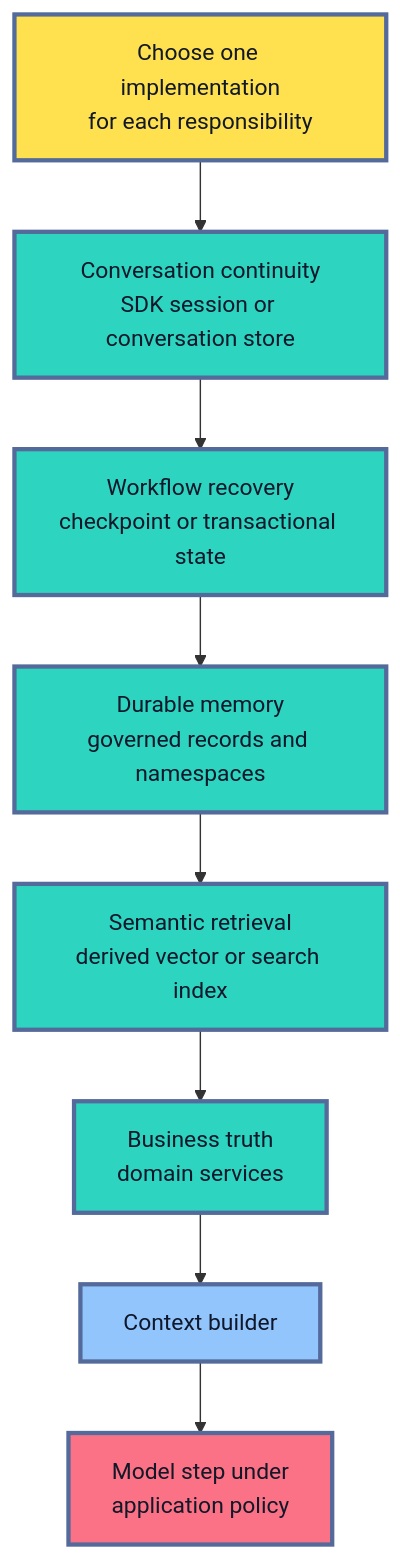
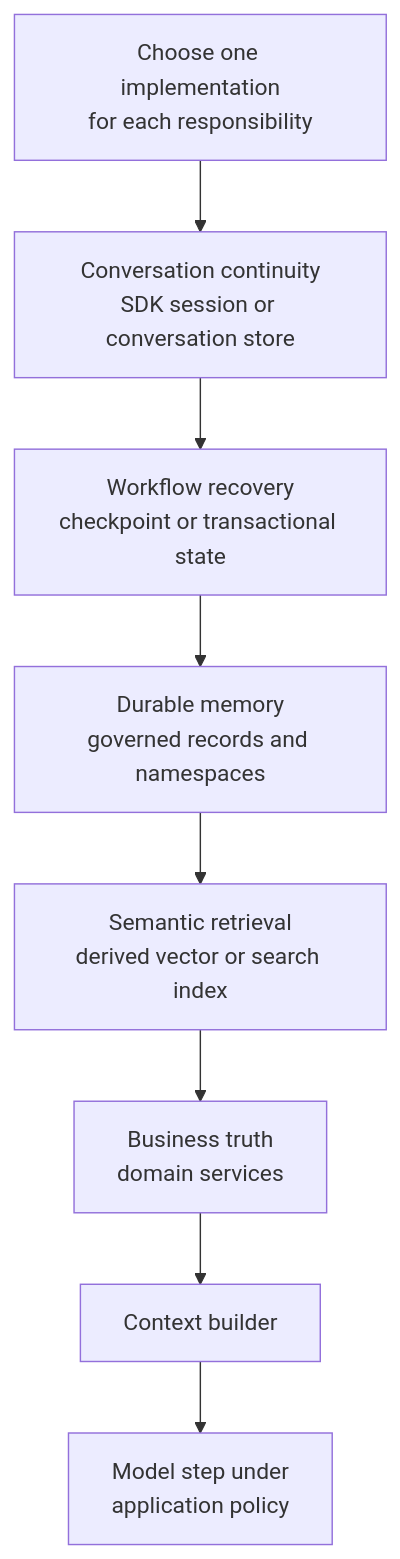
One commit to senlinyy/dev-roadmaps changed diagram 13 of 14 in roadmaps/mlops/modules/llmops/context-engineering/03-memory-and-state.md. Above: the diagram before and after it, drawn with Mermaid. The commit also changed other lines of this file and 152 other files, not shown here.

Commit message:
feat: mlops and diagrams updated

````diff
--- a/roadmaps/mlops/modules/llmops/context-engineering/03-memory-and-state.md
+++ b/roadmaps/mlops/modules/llmops/context-engineering/03-memory-and-state.md
@@ -800,19 +757,15 @@
 ```mermaid
 flowchart TD
     A["Choose one implementation<br/>for each responsibility"] --> B["Conversation continuity<br/>SDK session or conversation store"]
     B --> C["Workflow recovery<br/>checkpoint or transactional state"]
     C --> D["Durable memory<br/>governed records and namespaces"]
     D --> E["Semantic retrieval<br/>derived vector or search index"]
     E --> F["Business truth<br/>domain services"]
     F --> G["Context builder"]
     G --> H["Model step under<br/>application policy"]
 
-    classDef responsibility fill:#FFE04F,stroke:#536A9A,stroke-width:3px,color:#111827
-    classDef implementation fill:#2DD4BF,stroke:#536A9A,stroke-width:3px,color:#0F172A
-    classDef context fill:#93C5FD,stroke:#536A9A,stroke-width:3px,color:#0F172A
-    classDef model fill:#FB7185,stroke:#536A9A,stroke-width:3px,color:#111827
     class A responsibility
     class B,C,D,E,F implementation
     class G context
     class H model
 ```
````
